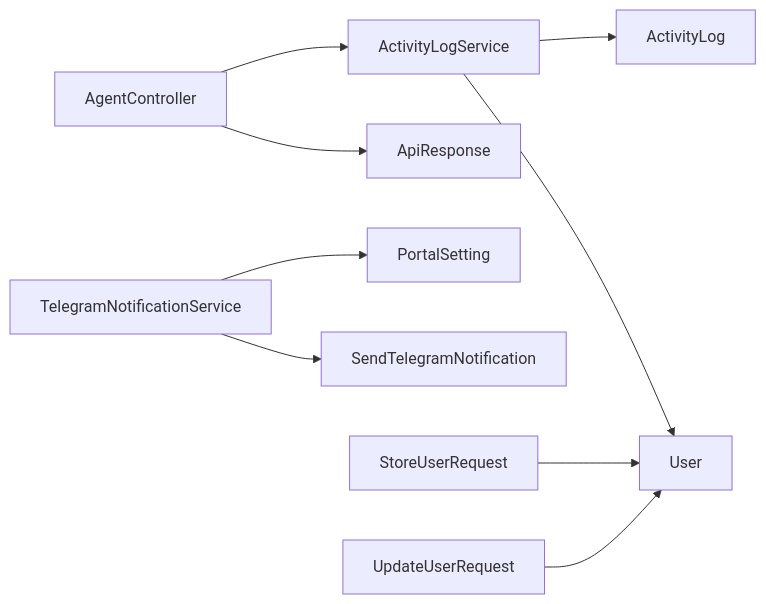
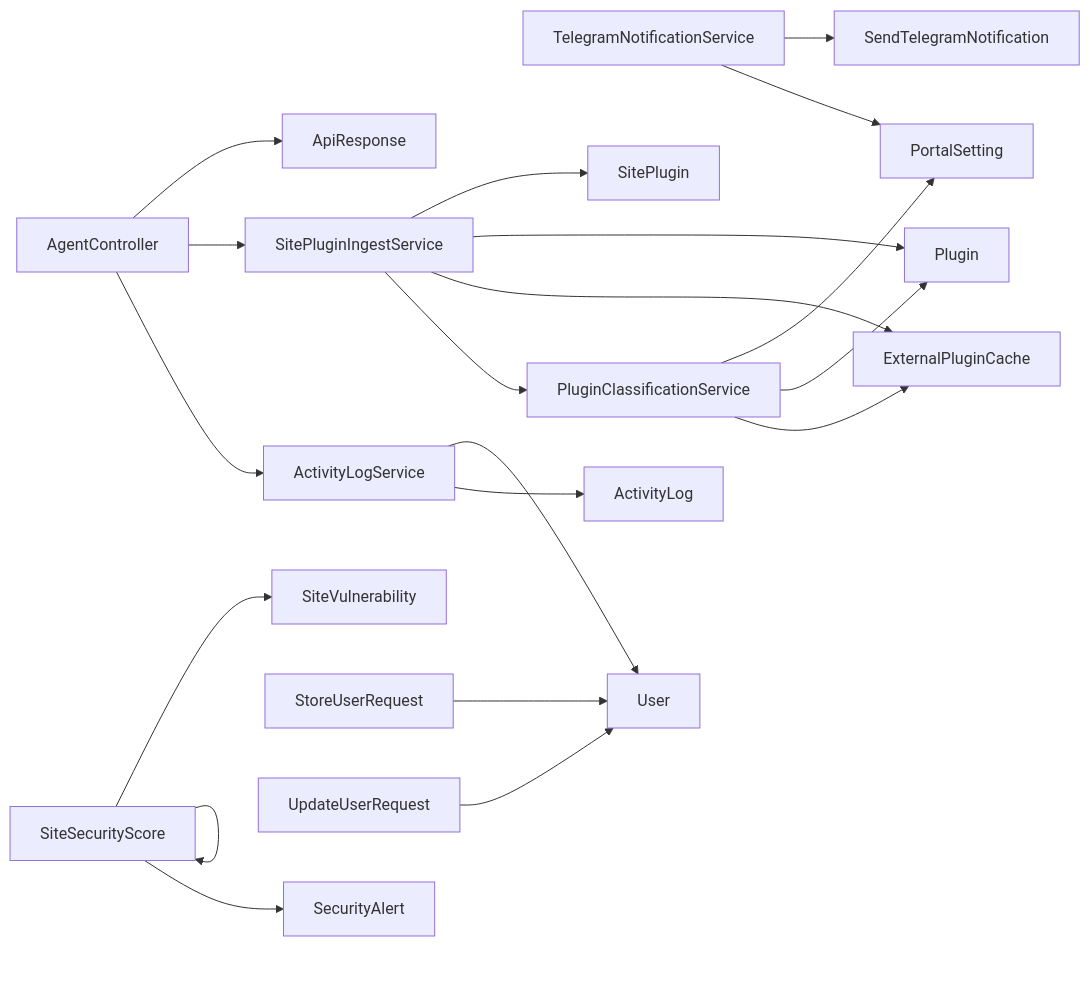
Before and after one commit to FCS-WP/website_portal: diagram 12 of 12 in .qoder/repowiki/en/content/Backend Architecture (Laravel)/Business Logic Services.md, drawn with Mermaid. The commit also changed other lines of this file and 30 other files, not shown here.

````diff
--- a/.qoder/repowiki/en/content/Backend Architecture (Laravel)/Business Logic Services.md
+++ b/.qoder/repowiki/en/content/Backend Architecture (Laravel)/Business Logic Services.md
@@ -386,11 +573,22 @@
 ```mermaid
 graph LR
 AC["AgentController"] --> ALS["ActivityLogService"]
+AC --> SPI["SitePluginIngestService"]
 AC --> AR["ApiResponse"]
 TNS["TelegramNotificationService"] --> PS["PortalSetting"]
 TNS --> STN["SendTelegramNotification"]
+SPI --> PCS["PluginClassificationService"]
+SPI --> EP["ExternalPluginCache"]
+SPI --> PL["Plugin"]
+SPI --> SP["SitePlugin"]
+PCS --> EP
+PCS --> PL
+PCS --> PS
+SSS["SecurityScoreService"] --> SSS["SiteSecurityScore"]
+SSS --> SA["SecurityAlert"]
+SSS --> SV["SiteVulnerability"]
 ALS --> AL["ActivityLog"]
 ALS --> USR["User"]
 SUR["StoreUserRequest"] --> USR
 UUR["UpdateUserRequest"] --> USR
 ```
````
